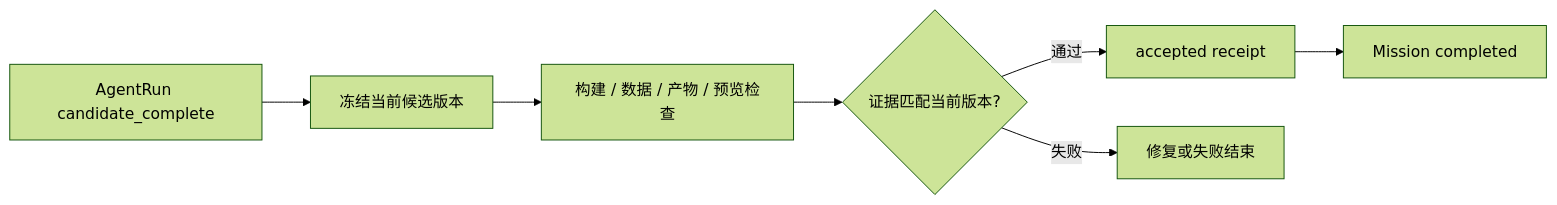
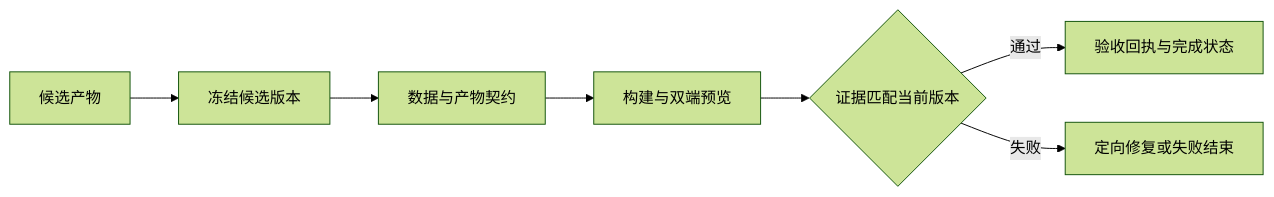
The diagram in docs/project-case.md (xbzz1018/SignalForge), drawn with Mermaid (forest theme) before and after one commit. The commit also changed other lines of this file and 221 other files, not shown here.

````diff
--- a/docs/project-case.md
+++ b/docs/project-case.md
@@ -49,9 +42,9 @@
 ```mermaid
 flowchart LR
-  A[AgentRun candidate_complete] --> B[冻结当前候选版本]
-  B --> C[构建 / 数据 / 产物 / 预览检查]
-  C --> D{证据匹配当前版本?}
-  D -->|通过| E[accepted receipt]
-  E --> F[Mission completed]
-  D -->|失败| G[修复或失败结束]
+  A[候选产物] --> B[冻结候选版本]
+  B --> C[数据与产物契约]
+  C --> D[构建与双端预览]
+  D --> E{证据匹配当前版本}
+  E -->|通过| F[验收回执与完成状态]
+  E -->|失败| G[定向修复或失败结束]
 ```
````
